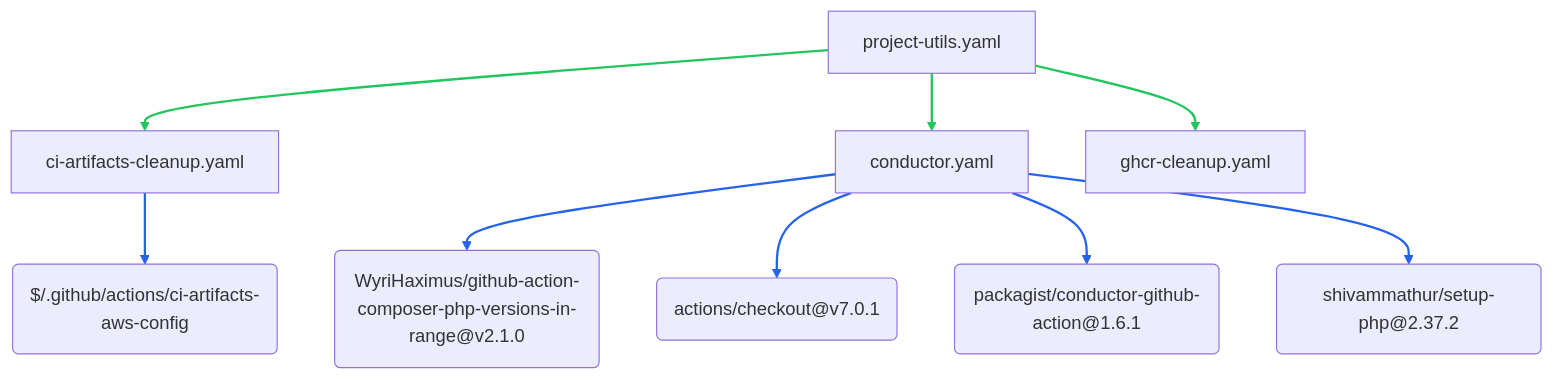
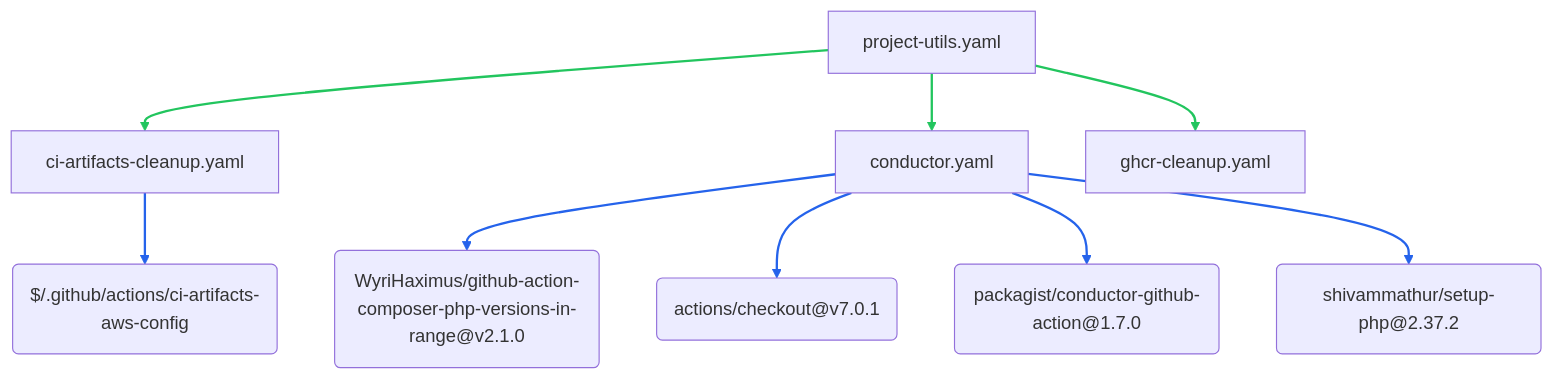
Before and after one commit to WyriHaximus/github-workflows: the sixth of 6 diagrams in README.md, drawn with Mermaid. The commit also changed other lines of this file and 1 other file, not shown here.

Commit message:
Update packagist/conductor-github-action action to v1.7.0

````diff
--- a/README.md
+++ b/README.md
@@ -916,21 +916,21 @@
 ```mermaid
 flowchart TB
   project_utils_ci_artifacts_cleanup["ci-artifacts-cleanup.yaml"] --> project_utils_a0("$/.github/actions/ci-artifacts-aws-config")
   project_utils_conductor["conductor.yaml"] --> project_utils_a1("WyriHaximus/github-action-composer-php-versions-in-range@v2.1.0")
   project_utils_conductor["conductor.yaml"] --> project_utils_a2("actions/checkout@v7.0.1")
-  project_utils_conductor["conductor.yaml"] --> project_utils_a3("packagist/conductor-github-action@1.6.1")
+  project_utils_conductor["conductor.yaml"] --> project_utils_a3("packagist/conductor-github-action@1.7.0")
   project_utils_conductor["conductor.yaml"] --> project_utils_a4("shivammathur/setup-php@2.37.2")
   project_utils_project_utils["project-utils.yaml"] --> project_utils_ci_artifacts_cleanup["ci-artifacts-cleanup.yaml"]
   project_utils_project_utils["project-utils.yaml"] --> project_utils_conductor["conductor.yaml"]
   project_utils_project_utils["project-utils.yaml"] --> project_utils_ghcr_cleanup["ghcr-cleanup.yaml"]
   linkStyle 5,6,7 stroke:#22c55e,stroke-width:2px
   linkStyle 0,1,2,3,4 stroke:#2563eb,stroke-width:2px
   click project_utils_a1 "https://github.com/WyriHaximus/github-action-composer-php-versions-in-range/releases/tag/v2.1.0" _blank
   click project_utils_a2 "https://github.com/actions/checkout/releases/tag/v7.0.1" _blank
-  click project_utils_a3 "https://github.com/packagist/conductor-github-action/releases/tag/1.6.1" _blank
+  click project_utils_a3 "https://github.com/packagist/conductor-github-action/releases/tag/1.7.0" _blank
   click project_utils_a4 "https://github.com/shivammathur/setup-php/releases/tag/2.37.2" _blank
   click project_utils_ci_artifacts_cleanup "https://github.com/WyriHaximus/github-workflows/blob/main/.github/workflows/ci-artifacts-cleanup.yaml" _blank
   click project_utils_conductor "https://github.com/WyriHaximus/github-workflows/blob/main/.github/workflows/conductor.yaml" _blank
   click project_utils_ghcr_cleanup "https://github.com/WyriHaximus/github-workflows/blob/main/.github/workflows/ghcr-cleanup.yaml" _blank
   click project_utils_project_utils "https://github.com/WyriHaximus/github-workflows/blob/main/.github/workflows/project-utils.yaml" _blank
 ```
````
